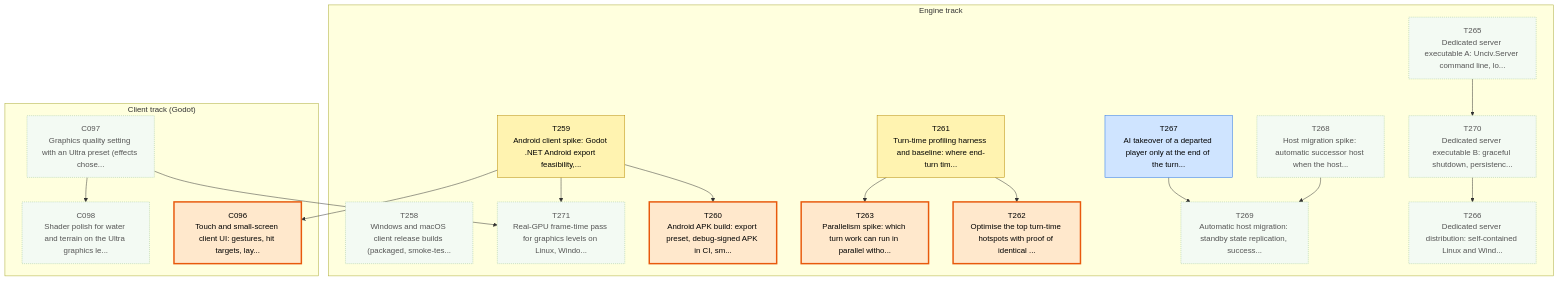
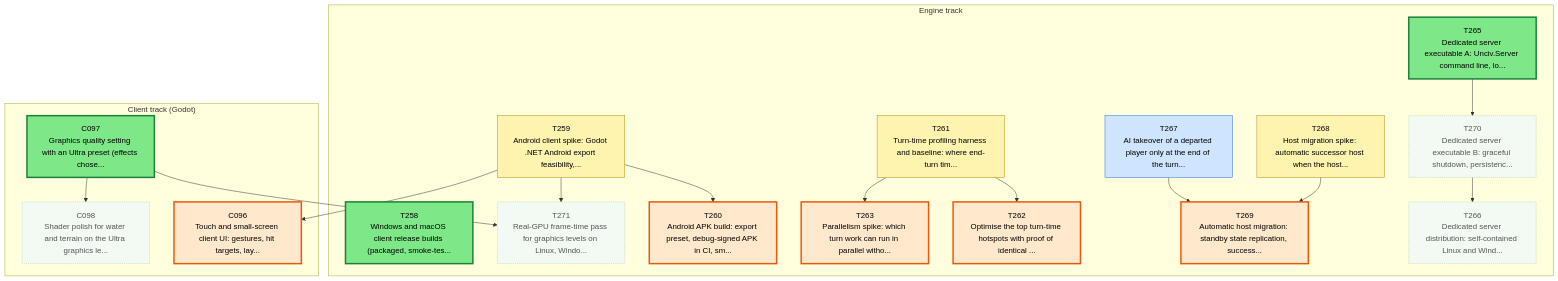
Before and after one commit to Kenmura/Unciv: the first of 3 diagrams in csharp/migration/DEPENDENCY_MAP.md, drawn with Mermaid. The commit also changed other lines of this file and 1 other file, not shown here.

````diff
--- a/csharp/migration/DEPENDENCY_MAP.md
+++ b/csharp/migration/DEPENDENCY_MAP.md
@@ -35,57 +35,57 @@
 ```mermaid
 flowchart TD
   subgraph TTRACK["Engine track"]
     T258["T258<br/>Windows and macOS client release builds (packaged, smoke-tes..."]
     T259["T259<br/>Android client spike: Godot .NET Android export feasibility,..."]
     T260["T260<br/>Android APK build: export preset, debug-signed APK in CI, sm..."]
     T261["T261<br/>Turn-time profiling harness and baseline: where end-turn tim..."]
     T262["T262<br/>Optimise the top turn-time hotspots with proof of identical ..."]
     T263["T263<br/>Parallelism spike: which turn work can run in parallel witho..."]
     T265["T265<br/>Dedicated server executable A: Unciv.Server command line, lo..."]
     T266["T266<br/>Dedicated server distribution: self-contained Linux and Wind..."]
     T267["T267<br/>AI takeover of a departed player only at the end of the turn..."]
     T268["T268<br/>Host migration spike: automatic successor host when the host..."]
     T269["T269<br/>Automatic host migration: standby state replication, success..."]
     T270["T270<br/>Dedicated server executable B: graceful shutdown, persistenc..."]
     T271["T271<br/>Real-GPU frame-time pass for graphics levels on Linux, Windo..."]
   end
   subgraph CTRACK["Client track (Godot)"]
     C096["C096<br/>Touch and small-screen client UI: gestures, hit targets, lay..."]
     C097["C097<br/>Graphics quality setting with an Ultra preset (effects chose..."]
     C098["C098<br/>Shader polish for water and terrain on the Ultra graphics le..."]
   end
   T259 --> T260
   T261 --> T262
   T261 --> T263
   T270 --> T266
   T268 --> T269
   T267 --> T269
   T265 --> T270
   T259 --> T271
   C097 --> T271
   T259 --> C096
   C097 --> C098
   classDef waiting fill:#f3faf3,stroke:#9bc49b,color:#555,stroke-dasharray:2 2
   classDef ondeck fill:#ffe8cc,stroke:#e8590c,stroke-width:3px,color:#000
   classDef ready fill:#7ee787,stroke:#1a7f37,stroke-width:3px,color:#000
   classDef prog fill:#fff3b0,stroke:#b58900,color:#000
   classDef review fill:#cfe4ff,stroke:#1f6feb,color:#000
   classDef blocked fill:#ffd6d6,stroke:#c62828,color:#000
   classDef done fill:#eeeeee,stroke:#999999,color:#666,stroke-dasharray:4 3
   class C096 ondeck
-  class C097 waiting
+  class C097 ready
   class C098 waiting
-  class T258 waiting
+  class T258 ready
   class T259 prog
   class T260 ondeck
   class T261 prog
   class T262 ondeck
   class T263 ondeck
-  class T265 waiting
+  class T265 ready
   class T266 waiting
   class T267 review
-  class T268 waiting
-  class T269 waiting
+  class T268 prog
+  class T269 ondeck
   class T270 waiting
   class T271 waiting
 ```
````
